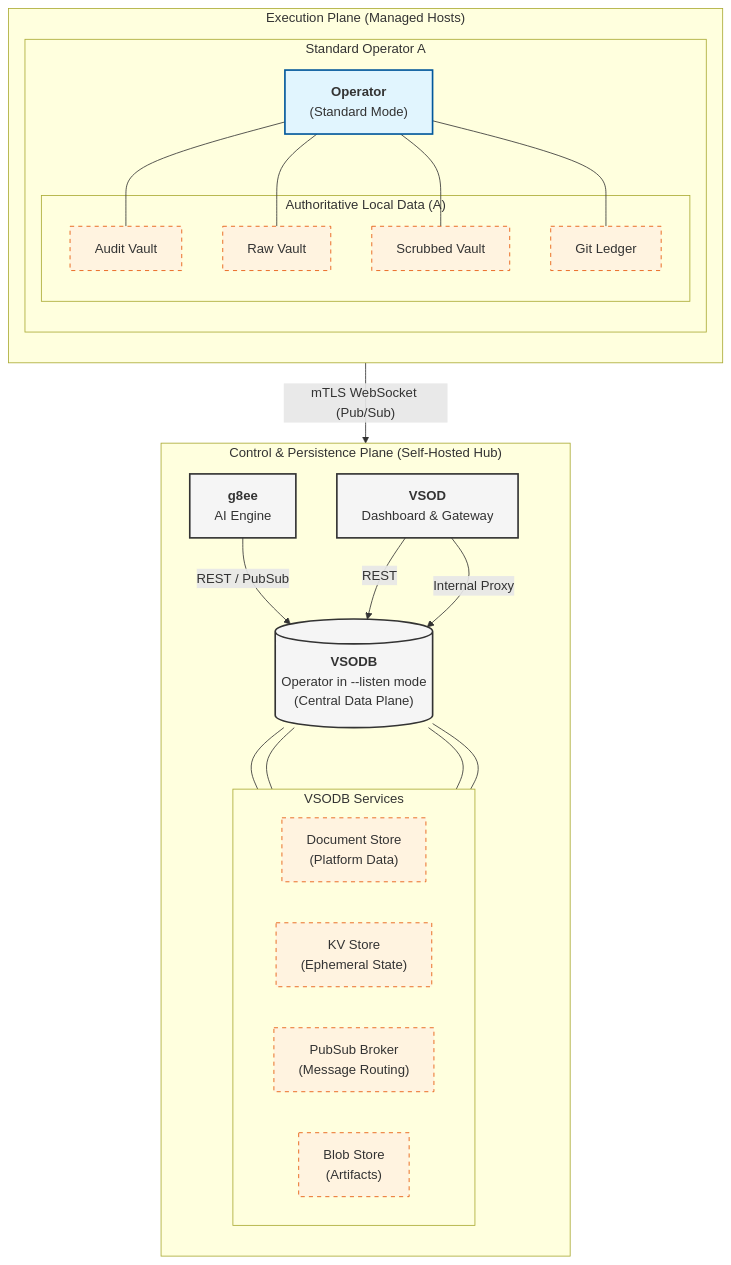
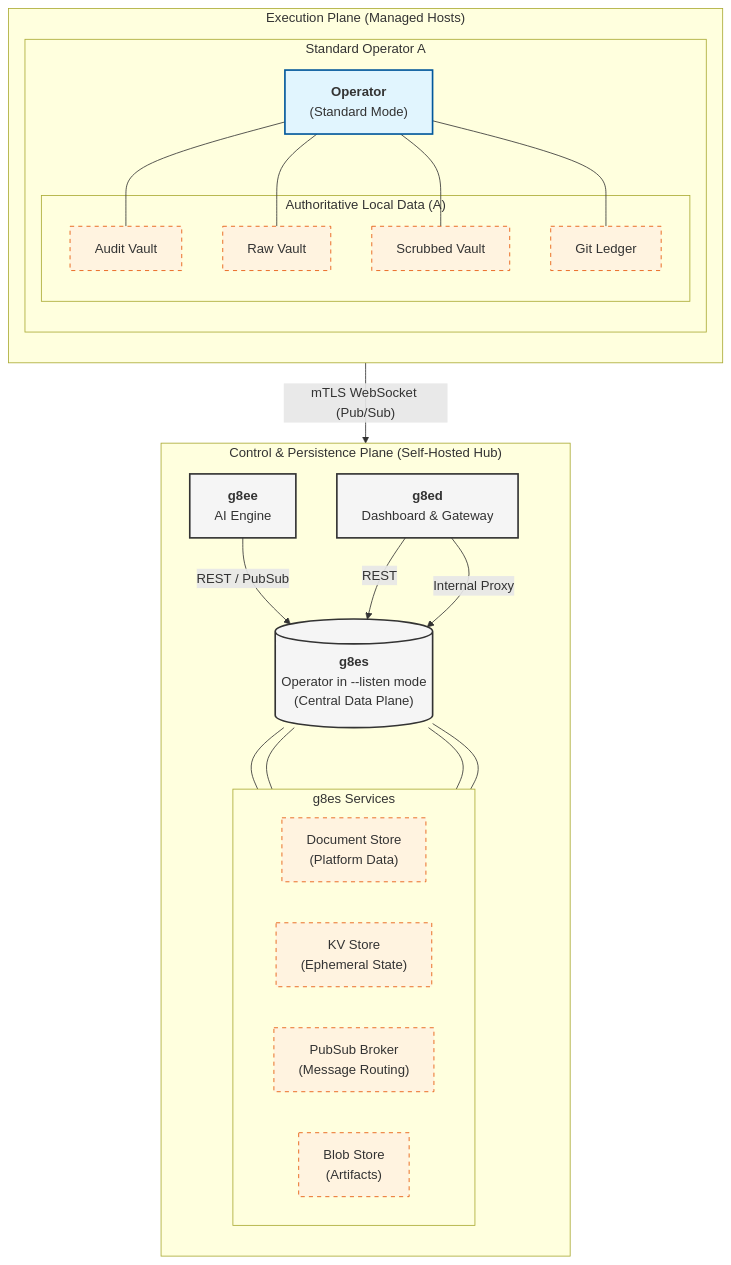
Before and after one commit to g8e-ai/g8e: the third of 3 diagrams in README.md, drawn with Mermaid. The commit also changed other lines of this file and 1063 other files, not shown here.

````diff
--- a/README.md
+++ b/README.md
@@ -148,55 +148,55 @@
 ```mermaid
 graph TD
     subgraph "Control & Persistence Plane (Self-Hosted Hub)"
         direction TB
-        VSODB[("<b>VSODB</b><br/>Operator in --listen mode<br/>(Central Data Plane)")]
+        g8es[("<b>g8es</b><br/>Operator in --listen mode<br/>(Central Data Plane)")]
         
-        subgraph "VSODB Services"
+        subgraph "g8es Services"
             direction LR
             DS["Document Store<br/>(Platform Data)"]
             KS["KV Store<br/>(Ephemeral State)"]
             PS["PubSub Broker<br/>(Message Routing)"]
             BS["Blob Store<br/>(Artifacts)"]
         end
-        VSODB --- DS
-        VSODB --- KS
-        VSODB --- PS
-        VSODB --- BS
+        g8es --- DS
+        g8es --- KS
+        g8es --- PS
+        g8es --- BS
         
         g8ee["<b>g8ee</b><br/>AI Engine"]
-        VSOD["<b>VSOD</b><br/>Dashboard & Gateway"]
+        g8ed["<b>g8ed</b><br/>Dashboard & Gateway"]
         
-        g8ee -- "REST / PubSub" --> VSODB
-        VSOD -- "REST" --> VSODB
+        g8ee -- "REST / PubSub" --> g8es
+        g8ed -- "REST" --> g8es
     end
 
     subgraph "Execution Plane (Managed Hosts)"
         direction TB
         subgraph "Standard Operator A"
             OPA["<b>Operator</b><br/>(Standard Mode)"]
             subgraph "Authoritative Local Data (A)"
                 AVA["Audit Vault"]
                 RVA["Raw Vault"]
                 SVA["Scrubbed Vault"]
                 LGA["Git Ledger"]
             end
             OPA --- AVA
             OPA --- RVA
             OPA --- SVA
             OPA --- LGA
         end
     end
 
     %% Data Paths
-    OPA -- "mTLS WebSocket (Pub/Sub)" --> VSOD
-    VSOD -- "Internal Proxy" --> VSODB
+    OPA -- "mTLS WebSocket (Pub/Sub)" --> g8ed
+    g8ed -- "Internal Proxy" --> g8es
     
     %% Annotations
     classDef hub fill:#f5f5f5,stroke:#333,stroke-width:2px;
     classDef operator fill:#e1f5fe,stroke:#01579b,stroke-width:2px;
     classDef storage fill:#fff3e0,stroke:#e65100,stroke-dasharray: 5 5;
     
-    class VSODB,g8ee,VSOD hub;
+    class g8es,g8ee,g8ed hub;
     class OPA operator;
     class DS,KS,PS,BS,AVA,RVA,SVA,LGA storage;
 ```
````
